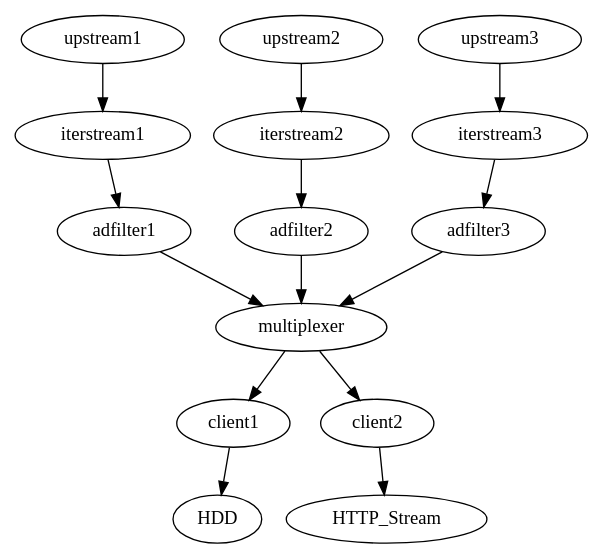
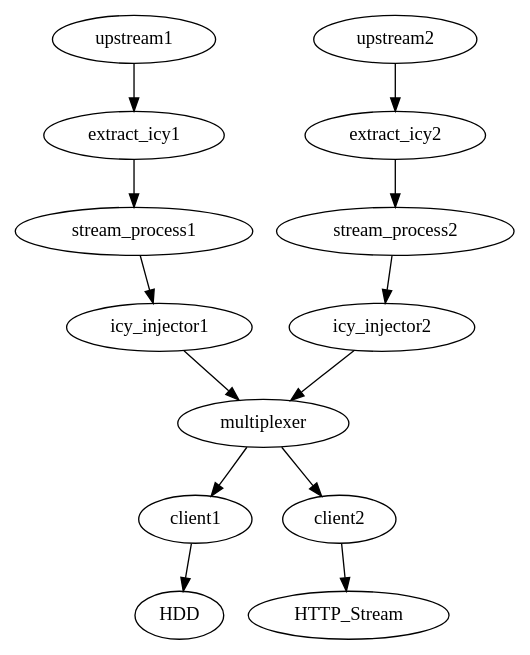
Before and after one commit to johntyree/rio: the diagram in new_design.gv, drawn with Graphviz. The commit also changed 1 other file, not shown here.

Commit message:
DOC: Update dataflow graph again

```diff
--- a/new_design.gv
+++ b/new_design.gv
@@ -1,22 +1,16 @@
 digraph G {
         graph [layout=dot rankdir=UD]
 
 // This is just an example for you to use as a template.
 // Edit as you like. Whenever you save a legal graph
 // the layout in the graphviz window will be updated.
 
-        upstream1 -> iterstream1
-        upstream2 -> iterstream2
-        upstream3 -> iterstream3
-
-        iterstream1 -> adfilter1 -> multiplexer
-        iterstream2 -> adfilter2 -> multiplexer
-        iterstream3 -> adfilter3 -> multiplexer
-
+        upstream1 -> extract_icy1 -> stream_process1 -> icy_injector1 -> multiplexer
+        upstream2 -> extract_icy2 -> stream_process2 -> icy_injector2 -> multiplexer
 
         multiplexer -> {client1, client2}
 
         client1 -> HDD
         client2 -> HTTP_Stream
 
 }
```
